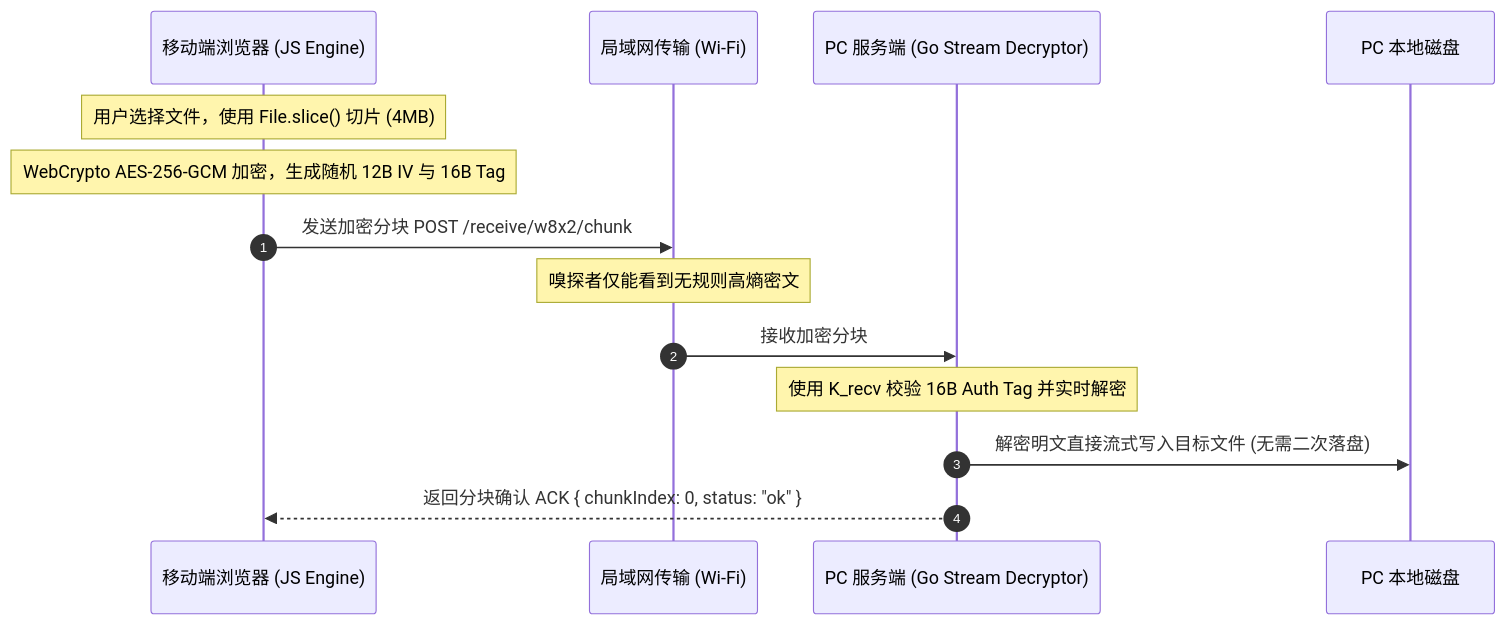
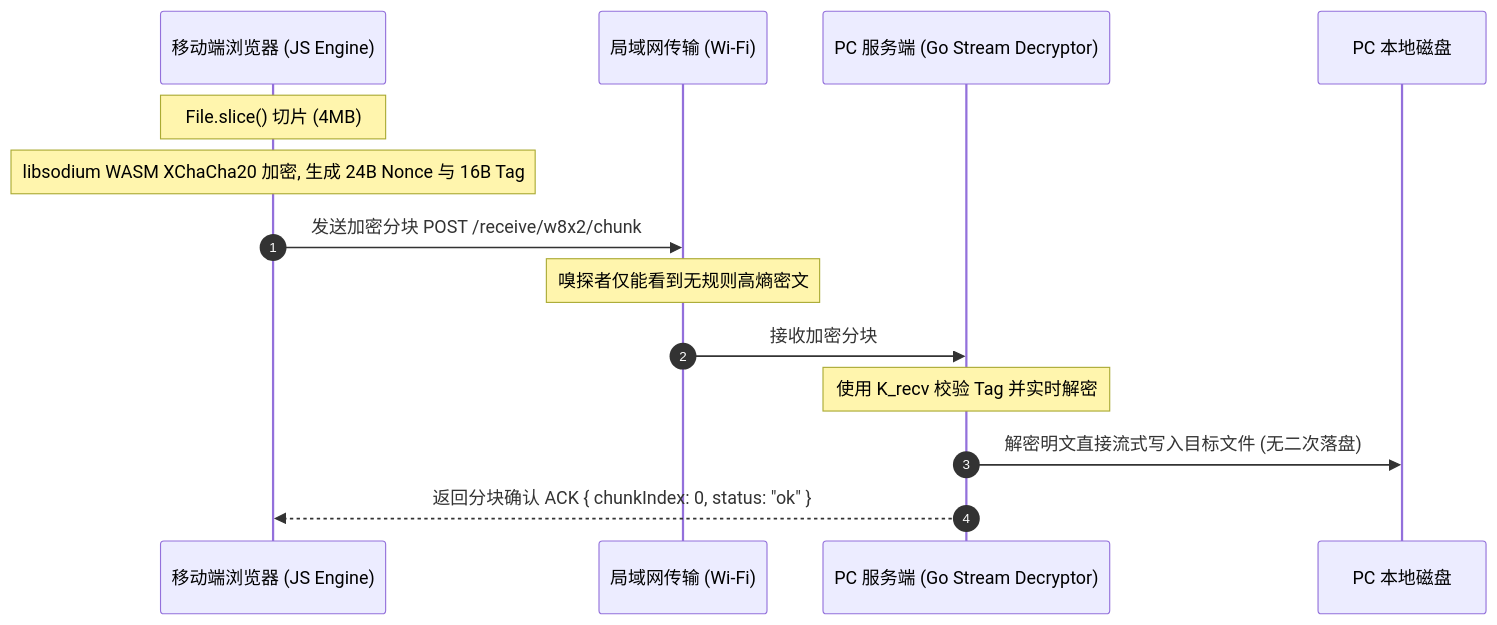
One commit to forpersuit/eqrcp changed the third of 5 diagrams in docs/future/20260901-e2ee-end-to-end-encryption-architecture.md. Above: the diagram before and after it, drawn with Mermaid. The commit also changed other lines of this file and 2 other files, not shown here.

First line of the commit message:
docs(e2ee): rebuild architecture around DRM trust anchor and WASM engine

````diff
--- a/docs/future/20260901-e2ee-end-to-end-encryption-architecture.md
+++ b/docs/future/20260901-e2ee-end-to-end-encryption-architecture.md
@@ -151,17 +238,17 @@
 ```mermaid
 sequenceDiagram
     autonumber
     participant Browser as 移动端浏览器 (JS Engine)
     participant Network as 局域网传输 (Wi-Fi)
     participant Server as PC 服务端 (Go Stream Decryptor)
     participant Disk as PC 本地磁盘
 
-    Note over Browser: 用户选择文件，使用 File.slice() 切片 (4MB)
-    Note over Browser: WebCrypto AES-256-GCM 加密，生成随机 12B IV 与 16B Tag
+    Note over Browser: File.slice() 切片 (4MB)
+    Note over Browser: libsodium WASM XChaCha20 加密, 生成 24B Nonce 与 16B Tag
     Browser->>Network: 发送加密分块 POST /receive/w8x2/chunk
     Note over Network: 嗅探者仅能看到无规则高熵密文
     Network->>Server: 接收加密分块
-    Note over Server: 使用 K_recv 校验 16B Auth Tag 并实时解密
-    Server->>Disk: 解密明文直接流式写入目标文件 (无需二次落盘)
+    Note over Server: 使用 K_recv 校验 Tag 并实时解密
+    Server->>Disk: 解密明文直接流式写入目标文件 (无二次落盘)
     Server-->>Browser: 返回分块确认 ACK { chunkIndex: 0, status: "ok" }
 ```
````
